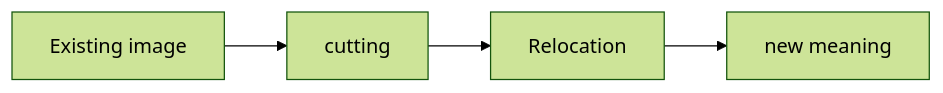
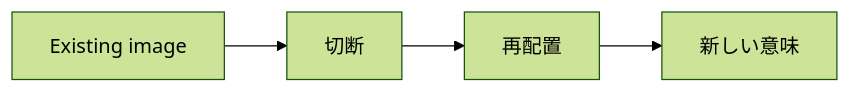
The second of 5 diagrams in en/_posts/2026-04-18-column-basquiat.md (monumental-movement/monumental-movement.github.io), drawn with Mermaid (forest theme) before and after one commit. The commit also changed other lines of this file and 2196 other files, not shown here.

```diff
--- a/en/_posts/2026-04-18-column-basquiat.md
+++ b/en/_posts/2026-04-18-column-basquiat.md
@@ -82,6 +81,6 @@
 <div class="mermaid">
 flowchart LR
-A[Existing image] --> B[cutting]
-B --> C[Relocation]
-C --> D[new meaning]
+A[Existing image] --> B[切断]
+B --> C[再配置]
+C --> D[新しい意味]
 </div>
```
